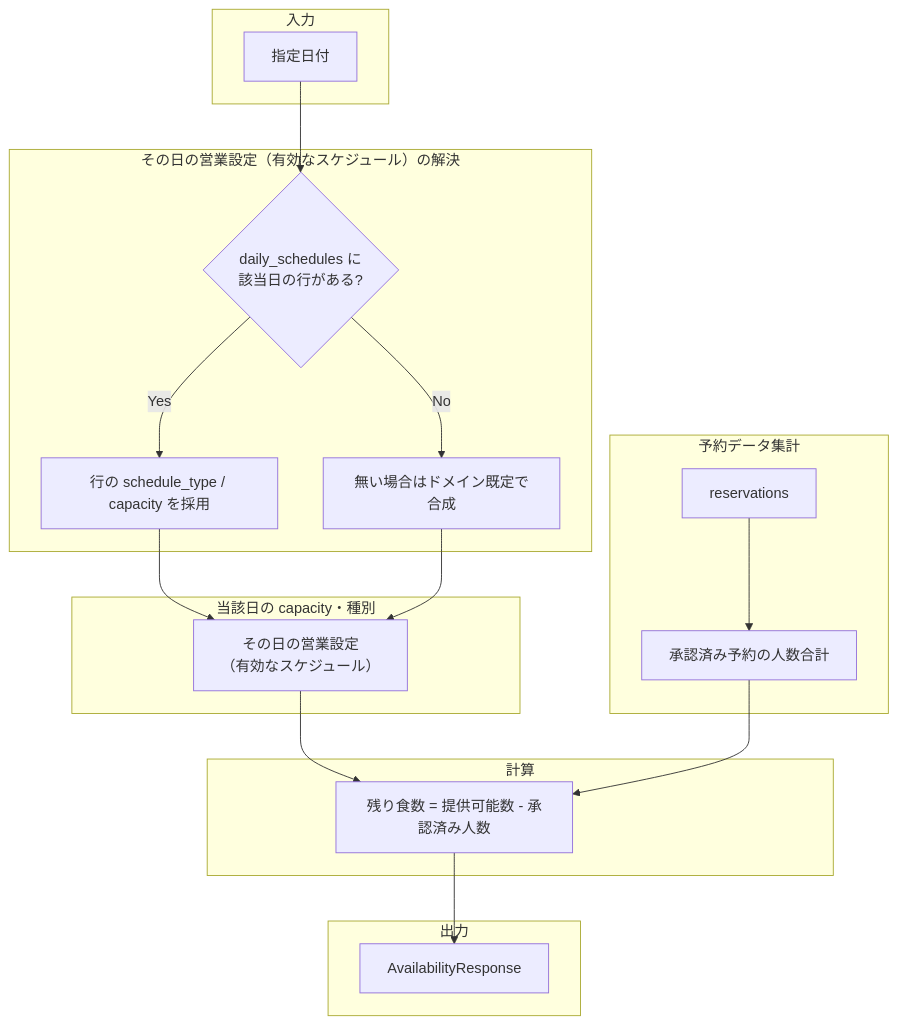
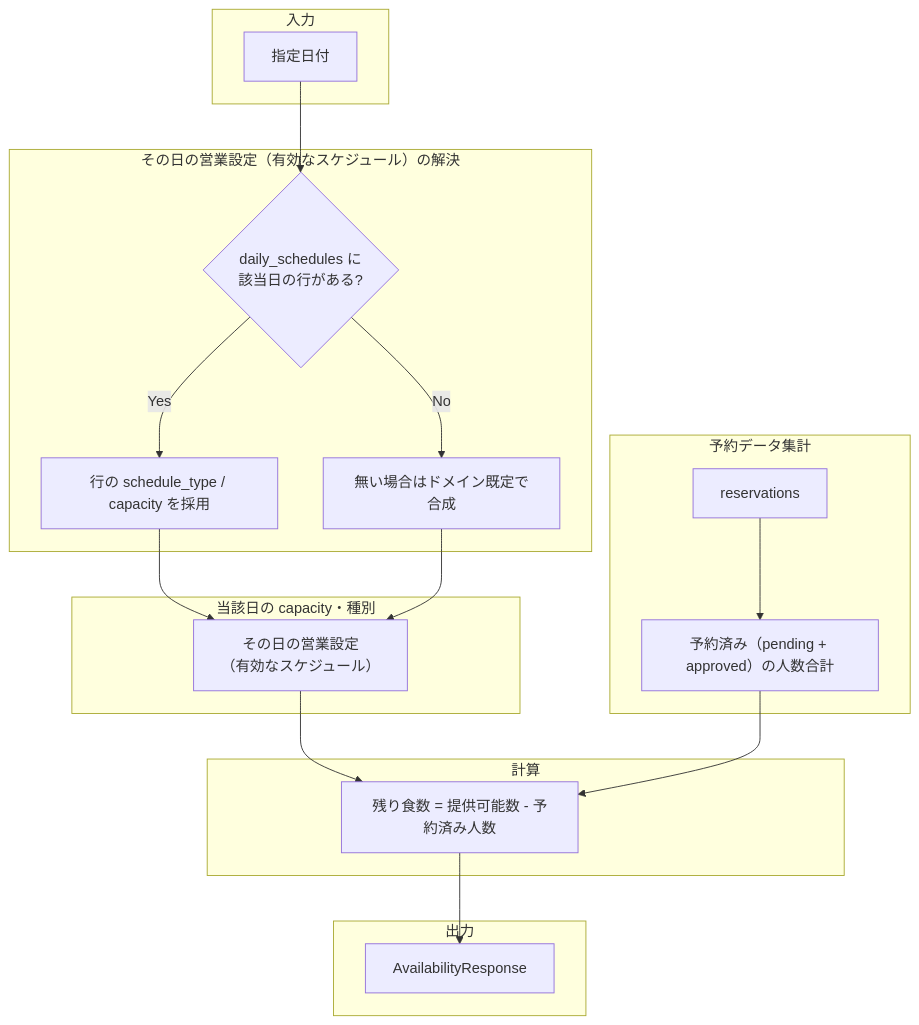
One commit to cergijame101007/satehits changed the third of 9 diagrams in docs/data_flow.md. Above: the diagram before and after it, drawn with Mermaid. The commit also changed 36 other files, not shown here.

````diff
--- a/docs/data_flow.md
+++ b/docs/data_flow.md
@@ -94,36 +94,36 @@
 ```mermaid
 flowchart TB
     subgraph Input[入力]
         Date[指定日付]
     end
 
     subgraph Resolve[その日の営業設定（有効なスケジュール）の解決]
         RowExists{daily_schedules に<br/>該当日の行がある?}
         FromRow[行の schedule_type / capacity を採用]
         FromDefault[無い場合はドメイン既定で合成]
     end
 
     subgraph Effective[当該日の capacity・種別]
         Eff[その日の営業設定<br/>（有効なスケジュール）]
     end
 
     subgraph ReservationData[予約データ集計]
         Reservations[reservations]
-        SumPeople[承認済み予約の人数合計]
+        SumPeople[予約済み（pending + approved）の人数合計]
     end
 
     subgraph Calculation[計算]
-        Calc[残り食数 = 提供可能数 - 承認済み人数]
+        Calc[残り食数 = 提供可能数 - 予約済み人数]
     end
 
     subgraph Output[出力]
         Result[AvailabilityResponse]
     end
 
     Date --> RowExists
     RowExists -->|Yes| FromRow --> Eff
     RowExists -->|No| FromDefault --> Eff
     Eff --> Calc
     Reservations --> SumPeople --> Calc
     Calc --> Result
 ```
````
